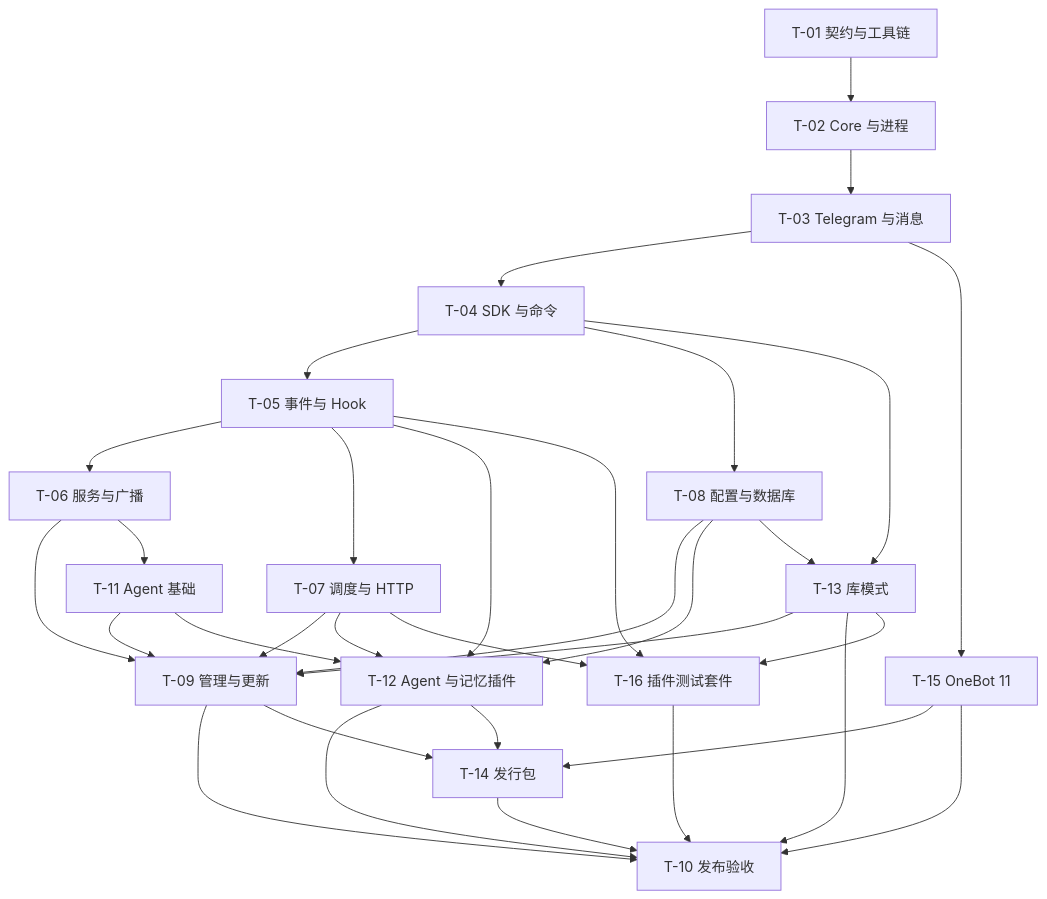
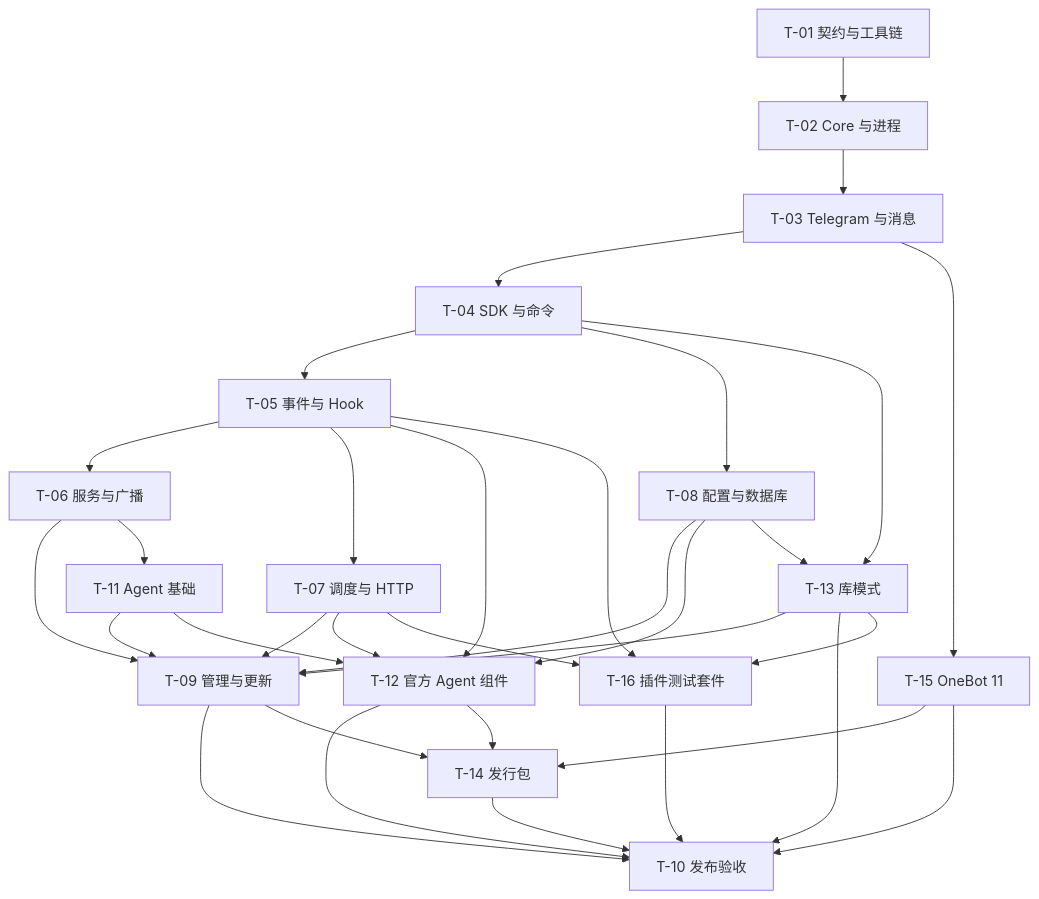
Before and after one commit to AlonaBot/AlonaBot: the diagram in spec/PLAN.md, drawn with Mermaid. The commit also changed other lines of this file and 15 other files, not shown here.

````diff
--- a/spec/PLAN.md
+++ b/spec/PLAN.md
@@ -69,35 +69,35 @@
 ```mermaid
 flowchart TD
   T01["T-01 契约与工具链"] --> T02["T-02 Core 与进程"]
   T02 --> T03["T-03 Telegram 与消息"]
   T03 --> T04["T-04 SDK 与命令"]
   T04 --> T05["T-05 事件与 Hook"]
   T04 --> T08["T-08 配置与数据库"]
   T05 --> T06["T-06 服务与广播"]
   T05 --> T07["T-07 调度与 HTTP"]
   T06 --> T09["T-09 管理与更新"]
   T07 --> T09
   T08 --> T09
   T06 --> T11["T-11 Agent 基础"]
   T11 --> T09
-  T11 --> T12["T-12 Agent 与记忆插件"]
+  T11 --> T12["T-12 官方 Agent 组件"]
   T05 --> T12
   T07 --> T12
   T08 --> T12
   T09 --> T10["T-10 发布验收"]
   T12 --> T10
   T04 --> T13["T-13 库模式"]
   T08 --> T13
   T13 --> T09
   T09 --> T14["T-14 发行包"]
   T12 --> T14
   T13 --> T10
   T14 --> T10
   T03 --> T15["T-15 OneBot 11"]
   T15 --> T14
   T15 --> T10
   T13 --> T16["T-16 插件测试套件"]
   T05 --> T16
   T07 --> T16
   T16 --> T10
 ```
````
